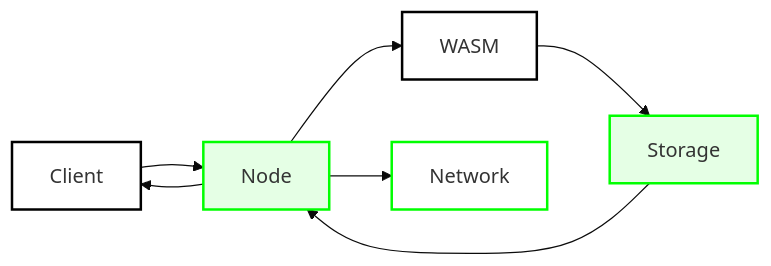
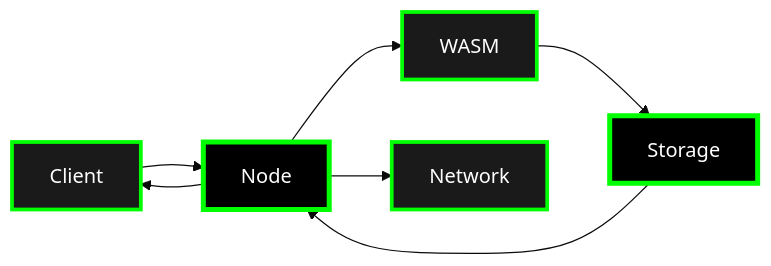
Before and after one commit to calimero-network/docs: the diagram in docs/core-concepts/applications.md, drawn with Mermaid (base theme). The commit also changed 5 other files, not shown here.

First line of the commit message:
fix: Update all remaining graphs to dark backgrounds with green borders

````diff
--- a/docs/core-concepts/applications.md
+++ b/docs/core-concepts/applications.md
@@ -43,15 +43,15 @@
 ```mermaid
 flowchart LR
     CLIENT[Client] --> NODE[Node]
     NODE --> WASM[WASM]
     WASM --> STORAGE[Storage]
     STORAGE --> NODE
     NODE --> NETWORK[Network]
     NODE --> CLIENT
     
-    style CLIENT fill:#ffffff,stroke:#000000,stroke-width:2px
-    style NODE fill:#e5ffe5,stroke:#00ff00,stroke-width:2px
-    style WASM fill:#ffffff,stroke:#000000,stroke-width:2px
-    style STORAGE fill:#e5ffe5,stroke:#00ff00,stroke-width:2px
-    style NETWORK fill:#ffffff,stroke:#00ff00,stroke-width:2px
+    style CLIENT fill:#1a1a1a,stroke:#00ff00,stroke-width:3px,color:#ffffff
+    style NODE fill:#000000,stroke:#00ff00,stroke-width:4px,color:#ffffff
+    style WASM fill:#1a1a1a,stroke:#00ff00,stroke-width:3px,color:#ffffff
+    style STORAGE fill:#000000,stroke:#00ff00,stroke-width:4px,color:#ffffff
+    style NETWORK fill:#1a1a1a,stroke:#00ff00,stroke-width:3px,color:#ffffff
 ```
````
